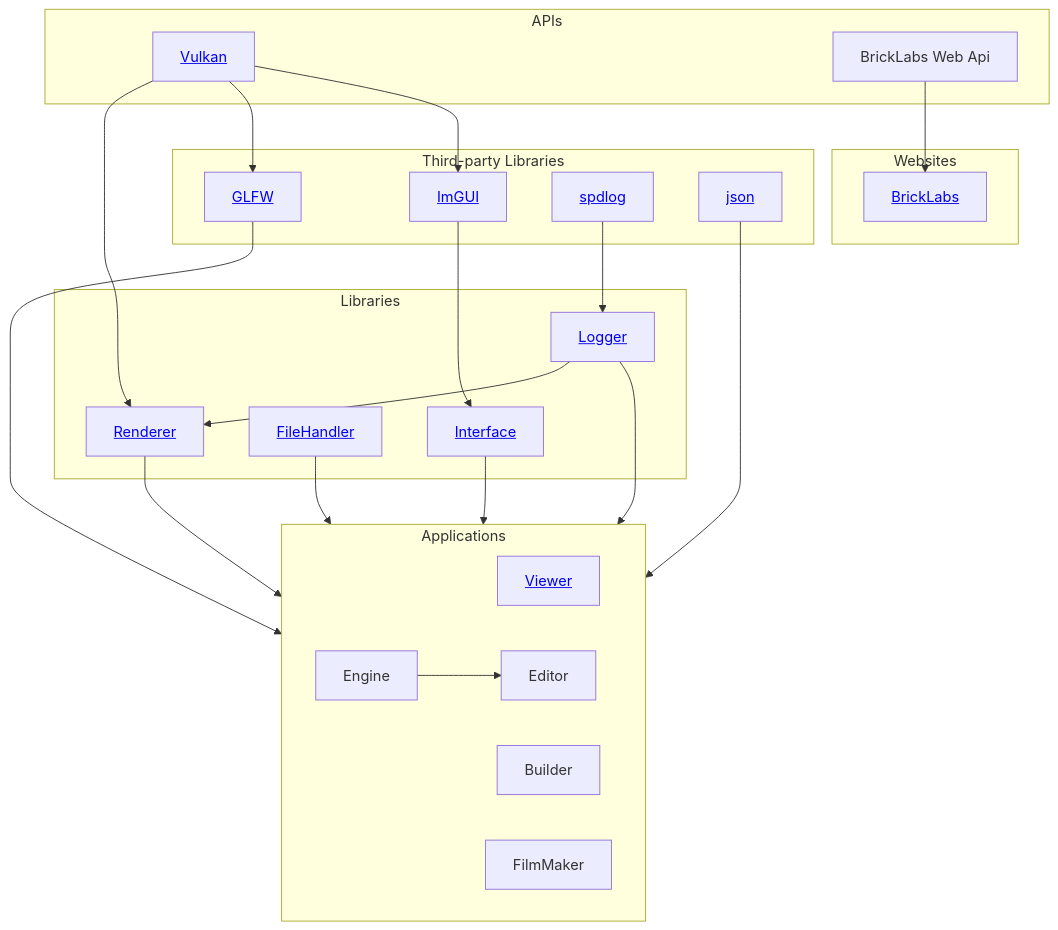
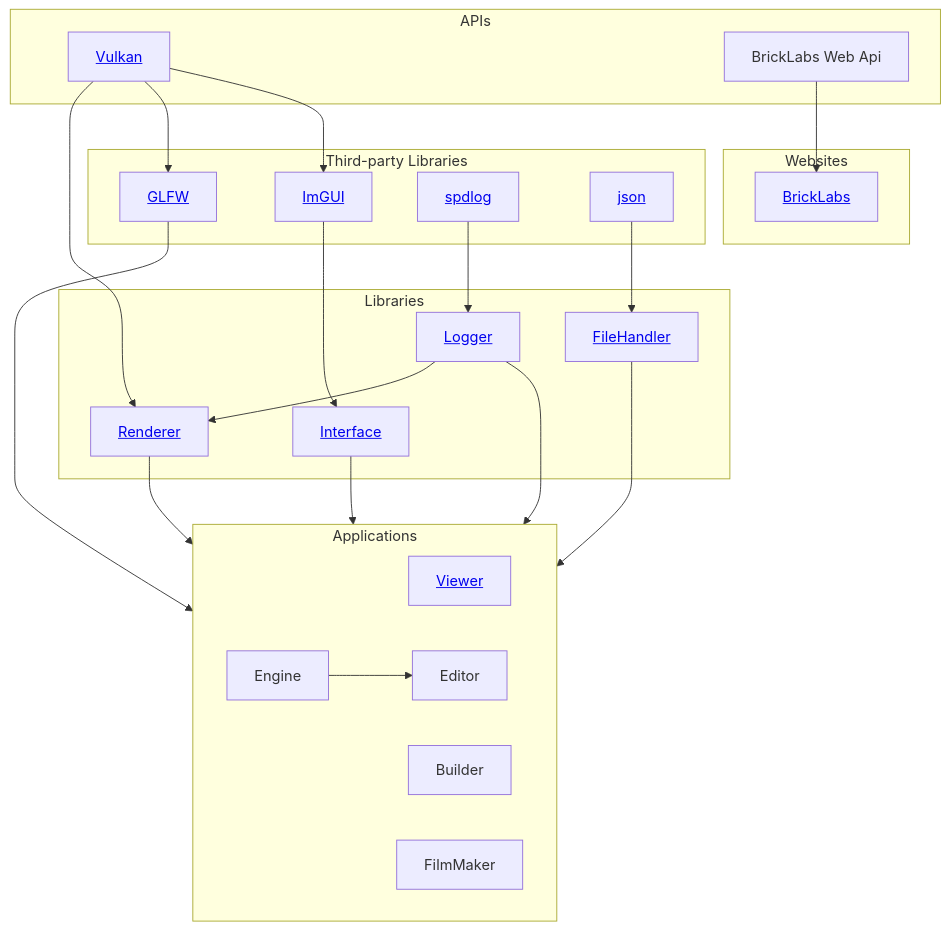
The diagram in profile/README.md (Brick-Labs/.github), drawn with Mermaid before and after one commit.

Commit message:
feat: Graph connect json to FileHandler

````diff
--- a/profile/README.md
+++ b/profile/README.md
@@ -6,58 +6,58 @@
 ```mermaid
 graph TD
     
     subgraph APIs
         Vulkan[<a href="https://vulkan.org">Vulkan</a>]
         BLAPI[<span>BrickLabs Web Api</span>]
     end
 
     subgraph Third-party Libraries
         GLFW[<a href="https://www.glfw.org">GLFW</a>]
         ImGUI[<a href="https://github.com/ocornut/imgui">ImGUI</a>]
         spdlog[<a href="https://github.com/gabime/spdlog">spdlog</a>]
         json[<a href="https://github.com/nlohmann/json">json</a>]
     end
 
     subgraph Libraries
         Renderer[<a href="https://github.com/Brick-Labs/Renderer">Renderer</a>]
         FileHandler[<a href="https://github.com/Brick-Labs/FileHandler">FileHandler</a>]
         Logger[<a href="https://github.com/Brick-Labs/Logger">Logger</a>]
-        BLGUI[<a href="https://github.com/Brick-Labs/Interface">Interface</a>]
+        Interface[<a href="https://github.com/Brick-Labs/Interface">Interface</a>]
     end
 
     subgraph Applications
         Viewer[<a href="https://github.com/Brick-Labs/Viewer">Viewer</a>]
         Builder
         Engine
         Editor
         FilmMaker
     end
 
     subgraph Websites
         BrickLabsWeb[<a href="https://github.com/Brick-Labs/Website">BrickLabs</a>]
     end
 
     %% APIs to Libraries
     Vulkan --> Renderer
     Vulkan --> GLFW
     Vulkan --> ImGUI
 
     %% APIs to Websites
     BLAPI --> BrickLabsWeb
 
     %% Libraries to Libraries
-    ImGUI --> BLGUI
+    ImGUI --> Interface
     spdlog --> Logger
     Logger --> Renderer
+    json --> FileHandler
 
     %% Librararies to Applications
     Renderer --> Applications
     GLFW --> Applications
-    BLGUI --> Applications 
+    Interface --> Applications 
     FileHandler --> Applications
     Logger --> Applications
-    json --> Applications
 
     %% Applications to Applications
     Engine --> Editor
 ```
````
